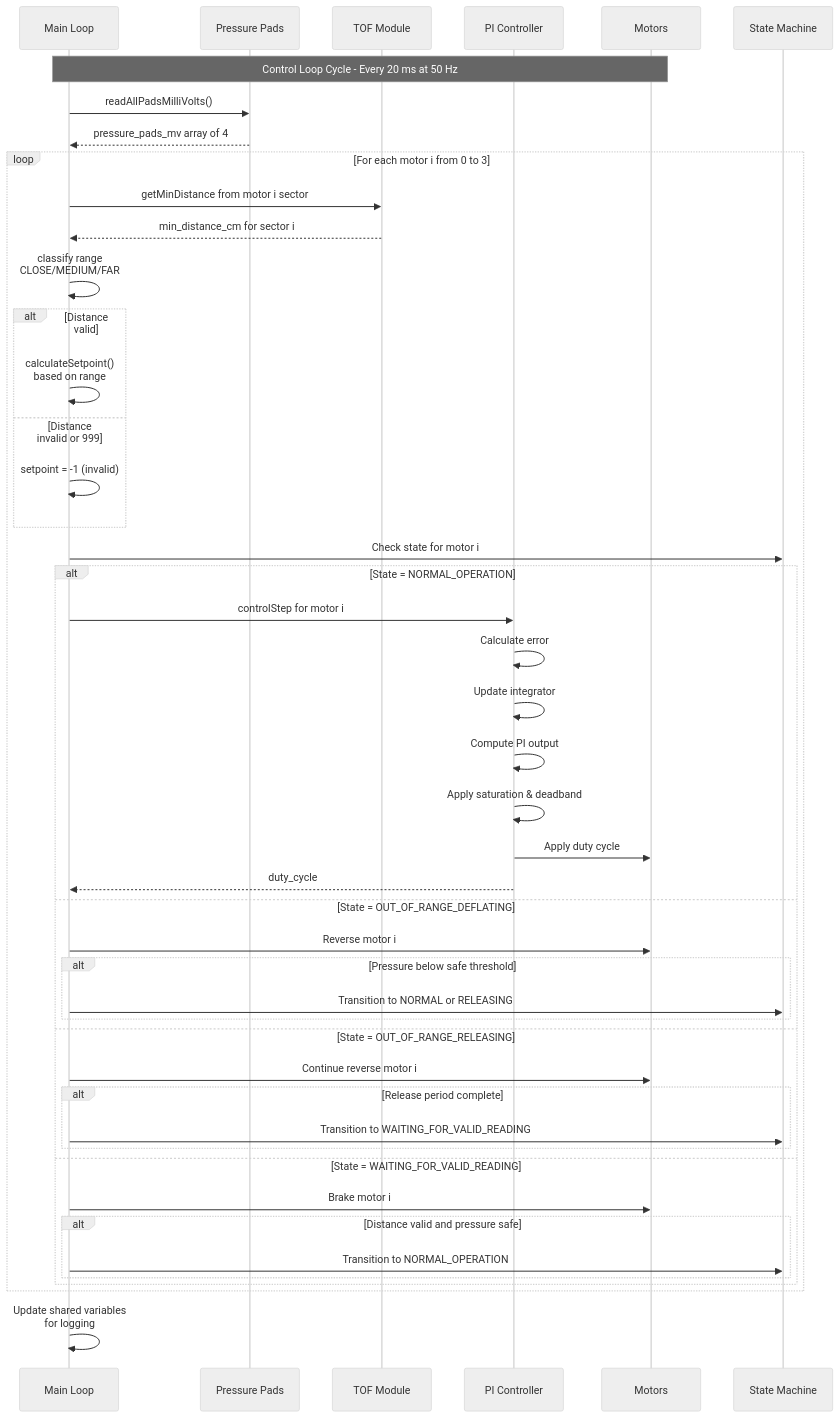
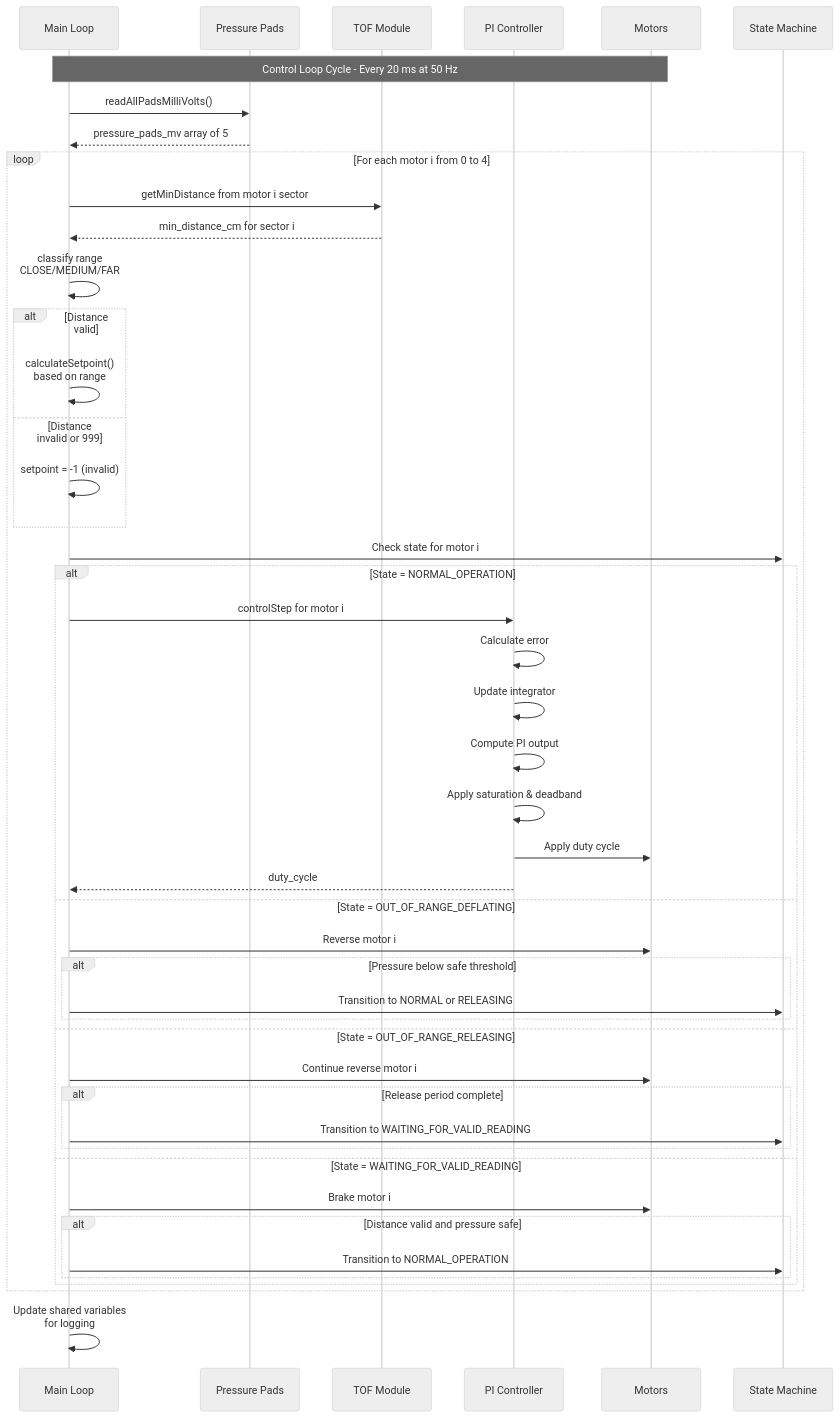
The fourth of 7 diagrams in docs/architecture.md (raseone19/ME-410), drawn with Mermaid (neutral theme) before and after one commit. The commit also changed other lines of this file and 57 other files, not shown here.

````diff
--- a/docs/architecture.md
+++ b/docs/architecture.md
@@ -198,56 +207,56 @@
 ```mermaid
 sequenceDiagram
     participant MainLoop as Main Loop
     participant PP as Pressure Pads
     participant TOF as TOF Module
     participant PI as PI Controller
     participant Motor as Motors
     participant SM as State Machine
 
     Note over MainLoop,Motor: Control Loop Cycle - Every 20 ms at 50 Hz
 
     MainLoop->>PP: readAllPadsMilliVolts()
-    PP-->>MainLoop: pressure_pads_mv array of 4
+    PP-->>MainLoop: pressure_pads_mv array of 5
 
-    loop For each motor i from 0 to 3
+    loop For each motor i from 0 to 4
         MainLoop->>TOF: getMinDistance from motor i sector
         TOF-->>MainLoop: min_distance_cm for sector i
 
         MainLoop->>MainLoop: classify range<br/>CLOSE/MEDIUM/FAR
 
         alt Distance valid
             MainLoop->>MainLoop: calculateSetpoint()<br/>based on range
         else Distance invalid or 999
             MainLoop->>MainLoop: setpoint = -1 (invalid)
         end
 
         MainLoop->>SM: Check state for motor i
 
         alt State = NORMAL_OPERATION
             MainLoop->>PI: controlStep for motor i
             PI->>PI: Calculate error
             PI->>PI: Update integrator
             PI->>PI: Compute PI output
             PI->>PI: Apply saturation & deadband
             PI->>Motor: Apply duty cycle
             PI-->>MainLoop: duty_cycle
         else State = OUT_OF_RANGE_DEFLATING
             MainLoop->>Motor: Reverse motor i
             alt Pressure below safe threshold
                 MainLoop->>SM: Transition to NORMAL or RELEASING
             end
         else State = OUT_OF_RANGE_RELEASING
             MainLoop->>Motor: Continue reverse motor i
             alt Release period complete
                 MainLoop->>SM: Transition to WAITING_FOR_VALID_READING
             end
         else State = WAITING_FOR_VALID_READING
             MainLoop->>Motor: Brake motor i
             alt Distance valid and pressure safe
                 MainLoop->>SM: Transition to NORMAL_OPERATION
             end
         end
     end
 
     MainLoop->>MainLoop: Update shared variables<br/>for logging
 ```
````
